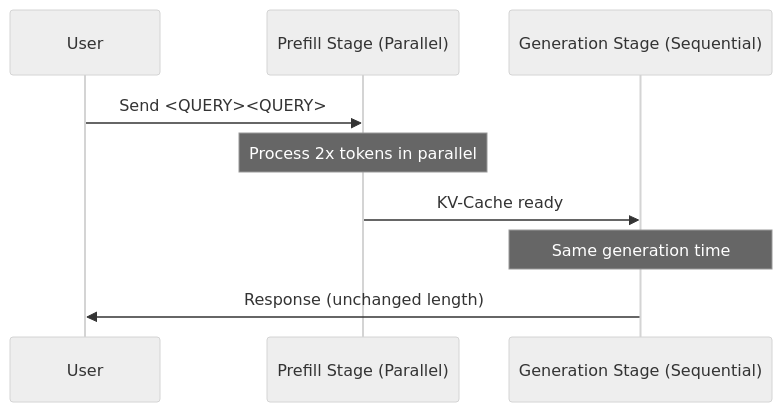
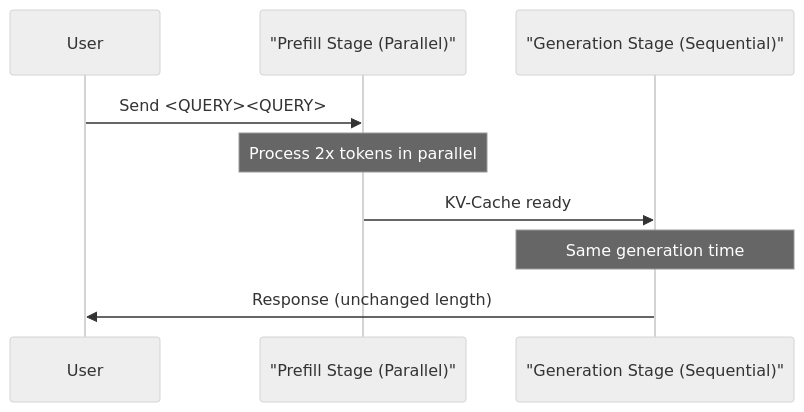
Before and after one commit to akillness/akillness.github.io: the third of 4 diagrams in _posts/2026-01-20-prompt-repetition-improves-llm-performance.md, drawn with Mermaid (neutral theme). The commit also changed other lines of this file, not shown here.

Commit message:
fix: repair prompt repetition post front matter and mermaid labels

````diff
--- a/_posts/2026-01-20-prompt-repetition-improves-llm-performance.md
+++ b/_posts/2026-01-20-prompt-repetition-improves-llm-performance.md
@@ -148,12 +141,12 @@
 ```mermaid
 sequenceDiagram
     participant User
-    participant Prefill as Prefill Stage (Parallel)
-    participant Generate as Generation Stage (Sequential)
+    participant Prefill as "Prefill Stage (Parallel)"
+    participant Generate as "Generation Stage (Sequential)"
 
     User->>Prefill: Send <QUERY><QUERY>
     Note over Prefill: Process 2x tokens in parallel
     Prefill->>Generate: KV-Cache ready
     Note over Generate: Same generation time
     Generate->>User: Response (unchanged length)
 ```
````
